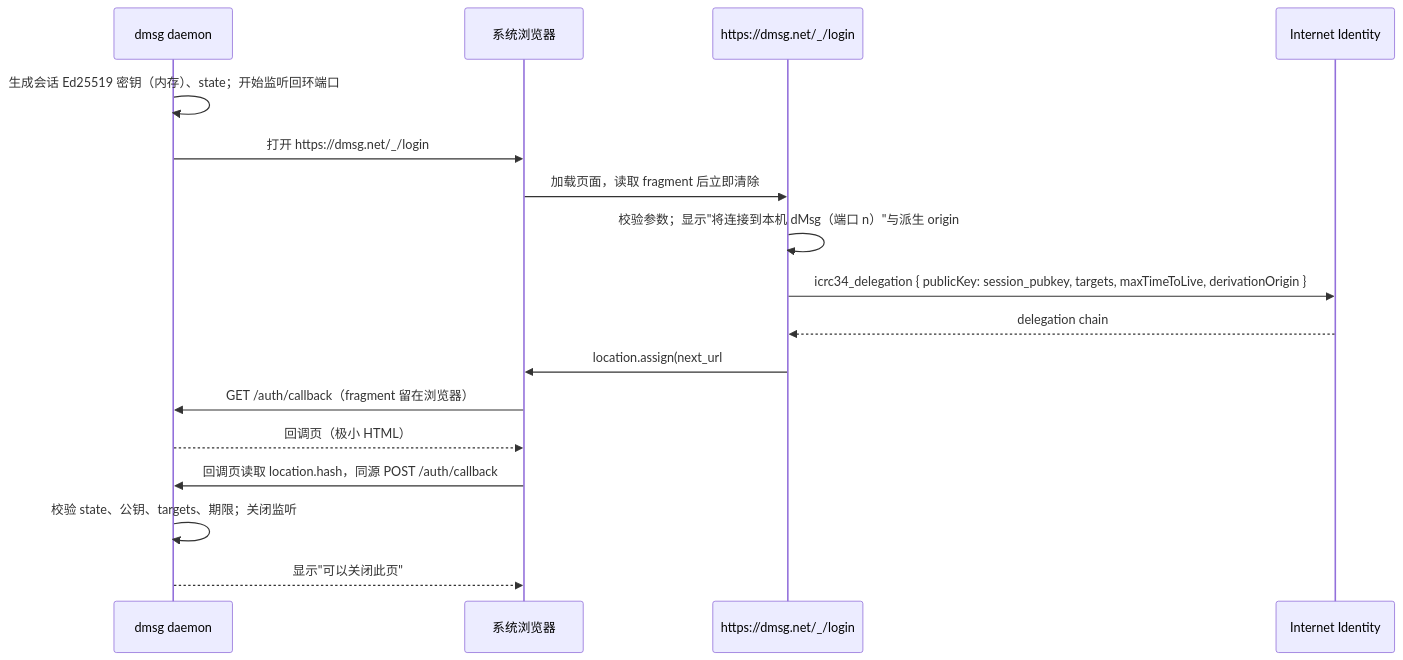
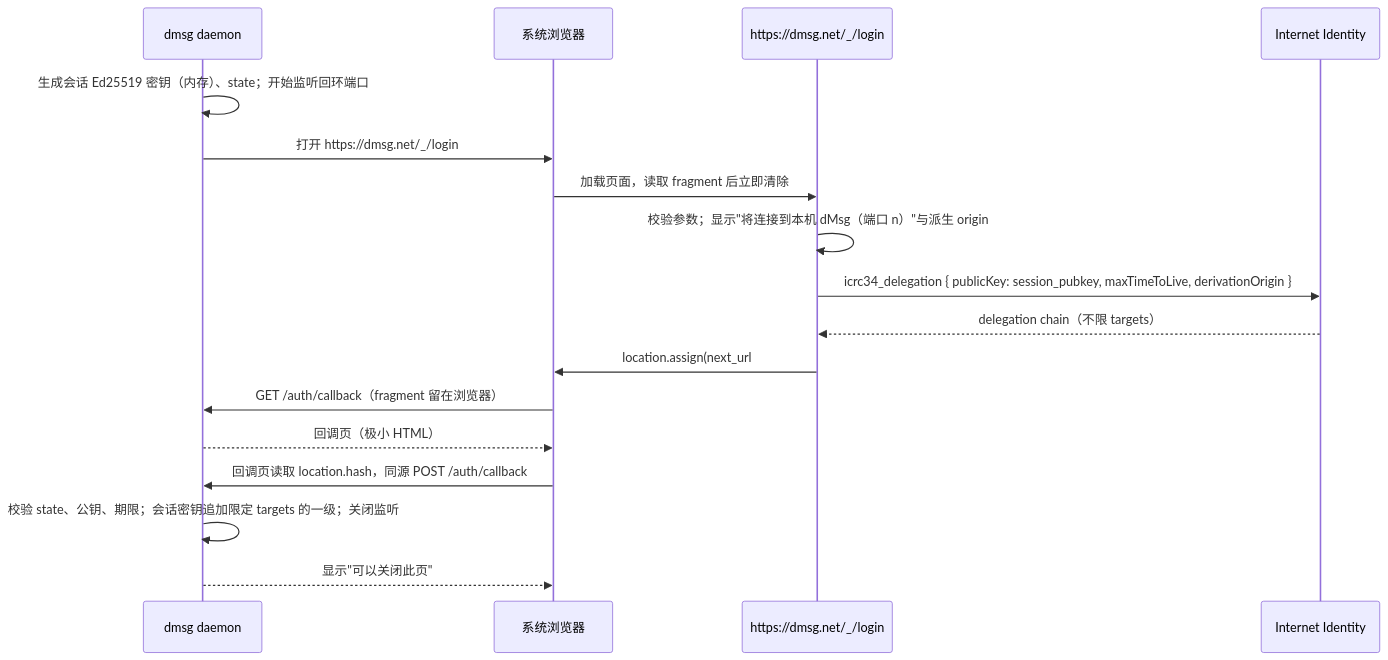
The diagram in docs/protocol/login-v1_zh.md (ldclabs/ic-panda), drawn with Mermaid before and after one commit. The commit also changed other lines of this file and 10 other files, not shown here.

````diff
--- a/docs/protocol/login-v1_zh.md
+++ b/docs/protocol/login-v1_zh.md
@@ -13,19 +13,19 @@
 ```mermaid
 sequenceDiagram
   participant C as dmsg daemon
   participant B as 系统浏览器
   participant L as https://dmsg.net/_/login
   participant II as Internet Identity
   C->>C: 生成会话 Ed25519 密钥（内存）、state；开始监听回环端口
   C->>B: 打开 https://dmsg.net/_/login#<请求>
   B->>L: 加载页面，读取 fragment 后立即清除
   L->>L: 校验参数；显示"将连接到本机 dMsg（端口 n）"与派生 origin
-  L->>II: icrc34_delegation { publicKey: session_pubkey, targets, maxTimeToLive, derivationOrigin }
-  II-->>L: delegation chain
+  L->>II: icrc34_delegation { publicKey: session_pubkey, maxTimeToLive, derivationOrigin }
+  II-->>L: delegation chain（不限 targets）
   L->>B: location.assign(next_url#<结果>)
   B->>C: GET /auth/callback（fragment 留在浏览器）
   C-->>B: 回调页（极小 HTML）
   B->>C: 回调页读取 location.hash，同源 POST /auth/callback
-  C->>C: 校验 state、公钥、targets、期限；关闭监听
+  C->>C: 校验 state、公钥、期限；会话密钥追加限定 targets 的一级；关闭监听
   C-->>B: 显示"可以关闭此页"
 ```
````
